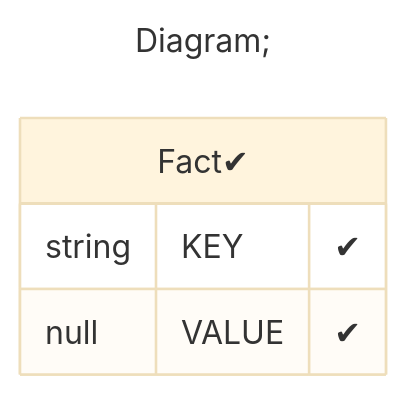
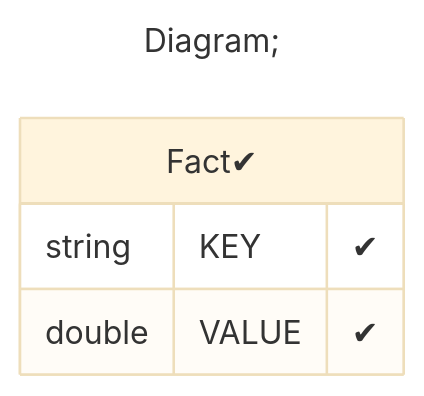
The third of 3 diagrams in demo/server/catalogs/tutorial_01-04-03_Cube_Measure_MeasureDatatypes/README.MD (xmla-services/workground), drawn with Mermaid (base theme) before and after one commit. The commit also changed 31 other files, not shown here.

````diff
--- a/demo/server/catalogs/tutorial_01-04-03_Cube_Measure_MeasureDatatypes/README.MD
+++ b/demo/server/catalogs/tutorial_01-04-03_Cube_Measure_MeasureDatatypes/README.MD
@@ -74,11 +74,11 @@
 ```mermaid
 ---
 title: Diagram;
 ---
 erDiagram
 "Fact✔"{
 string KEY "✔"
-null VALUE "✔"
+double VALUE "✔"
 }
 
 ```
````
